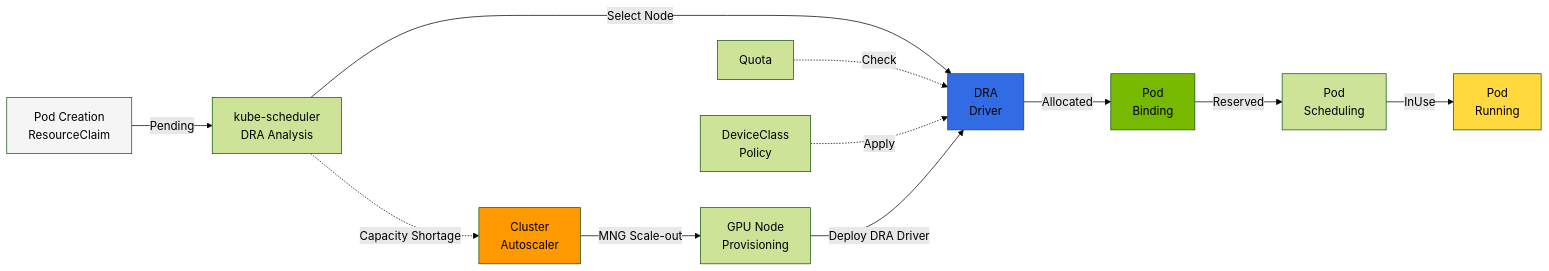
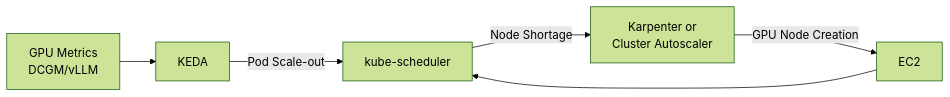
One commit to devfloor9/engineering-playbook changed the second of 3 diagrams in i18n/en/docusaurus-plugin-content-docs/current/agentic-ai-platform/model-serving/gpu-resource-management.md. Above: the diagram before and after it, drawn with Mermaid (forest theme). The commit also changed other lines of this file and 95 other files, not shown here.

````diff
--- a/i18n/en/docusaurus-plugin-content-docs/current/agentic-ai-platform/model-serving/gpu-resource-management.md
+++ b/i18n/en/docusaurus-plugin-content-docs/current/agentic-ai-platform/model-serving/gpu-resource-management.md
@@ -405,21 +274,8 @@
 ```mermaid
 flowchart LR
-    A[Pod Creation<br/>ResourceClaim] -->|Pending| B[kube-scheduler<br/>DRA Analysis]
-    B -->|Select Node| D[DRA<br/>Driver]
-    D -->|Allocated| E[Pod<br/>Binding]
-    E -->|Reserved| F[Pod<br/>Scheduling]
-    F -->|InUse| G[Pod<br/>Running]
-
-    H[Quota] -.->|Check| D
-    I[DeviceClass<br/>Policy] -.->|Apply| D
-
-    B -.->|Capacity Shortage| CA[Cluster<br/>Autoscaler]
-    CA -->|MNG Scale-out| N[GPU Node<br/>Provisioning]
-    N -->|Deploy DRA Driver| D
-
-    style A fill:#f5f5f5
-    style D fill:#326ce5
-    style E fill:#76b900
-    style G fill:#ffd93d
-    style CA fill:#ff9900
+    M[GPU Metrics<br/>DCGM/vLLM] --> KEDA[KEDA]
+    KEDA -->|Pod Scale-out| S[kube-scheduler]
+    S -->|Node Shortage| K[Karpenter or<br/>Cluster Autoscaler]
+    K -->|GPU Node Creation| N[EC2]
+    N --> S
 ```
````
